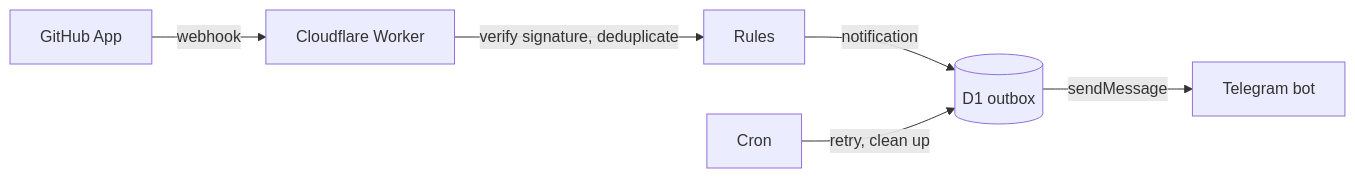
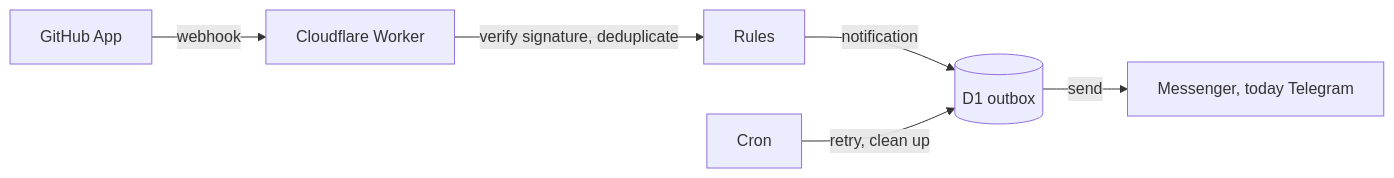
One commit to LarsLaskowski/Seluna changed the diagram in README.md. Above: the diagram before and after it, drawn with Mermaid. The commit also changed other lines of this file, not shown here.

First line of the commit message:
Describe the delivery in the README independent of Telegram

````diff
--- a/README.md
+++ b/README.md
@@ -47,8 +48,8 @@
 ```mermaid
 flowchart LR
   GH[GitHub App] -->|webhook| W[Cloudflare Worker]
   W -->|verify signature, deduplicate| R[Rules]
   R -->|notification| O[(D1 outbox)]
-  O -->|sendMessage| T[Telegram bot]
+  O -->|send| T[Messenger, today Telegram]
   C[Cron] -->|retry, clean up| O
 ```
````
